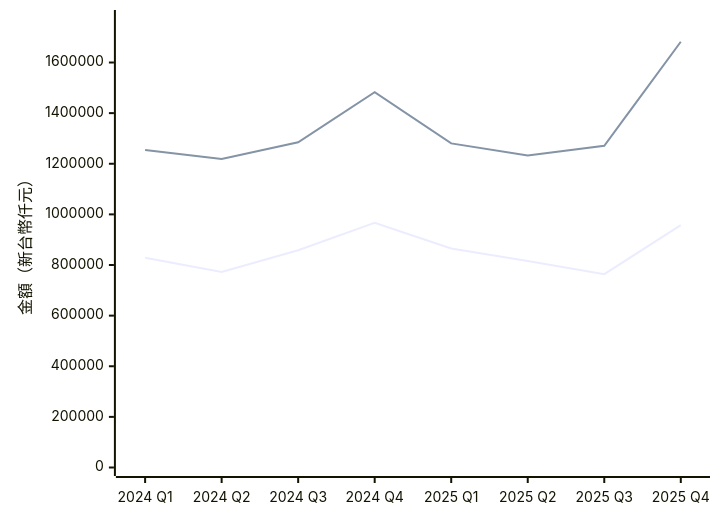
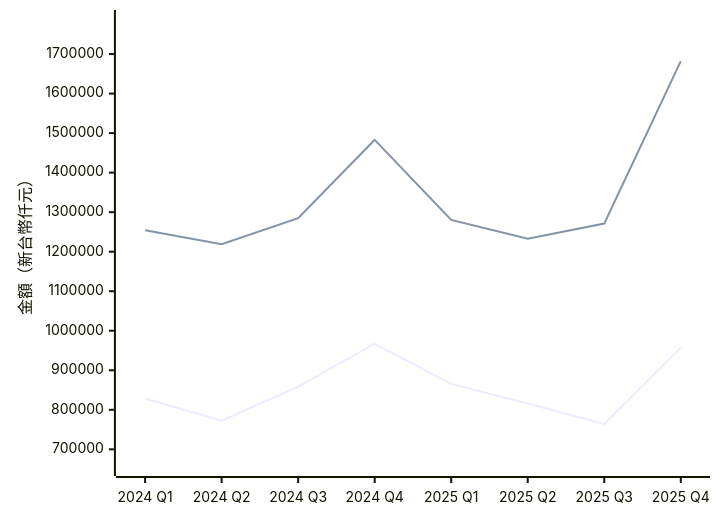
One commit to jyuny1/blog changed diagram 12 of 19 in content/台灣零售與電商競爭分析.md. Above: the diagram before and after it, drawn with Mermaid. The commit also changed other lines of this file, not shown here.

````diff
--- a/content/台灣零售與電商競爭分析.md
+++ b/content/台灣零售與電商競爭分析.md
@@ -168,7 +168,7 @@
 ```mermaid
 xychart-beta
     x-axis ["2024 Q1", "2024 Q2", "2024 Q3", "2024 Q4", "2025 Q1", "2025 Q2", "2025 Q3", "2025 Q4"]
-    y-axis "金額（新台幣仟元）" 0 --> 1773860
+    y-axis "金額（新台幣仟元）" 654000 --> 1790000
     line [828391, 772641, 858338, 966934, 865470, 815975, 763894, 957288]
     line [1254487, 1219057, 1284689, 1483006, 1280379, 1232681, 1271104, 1682045]
 ```
````
